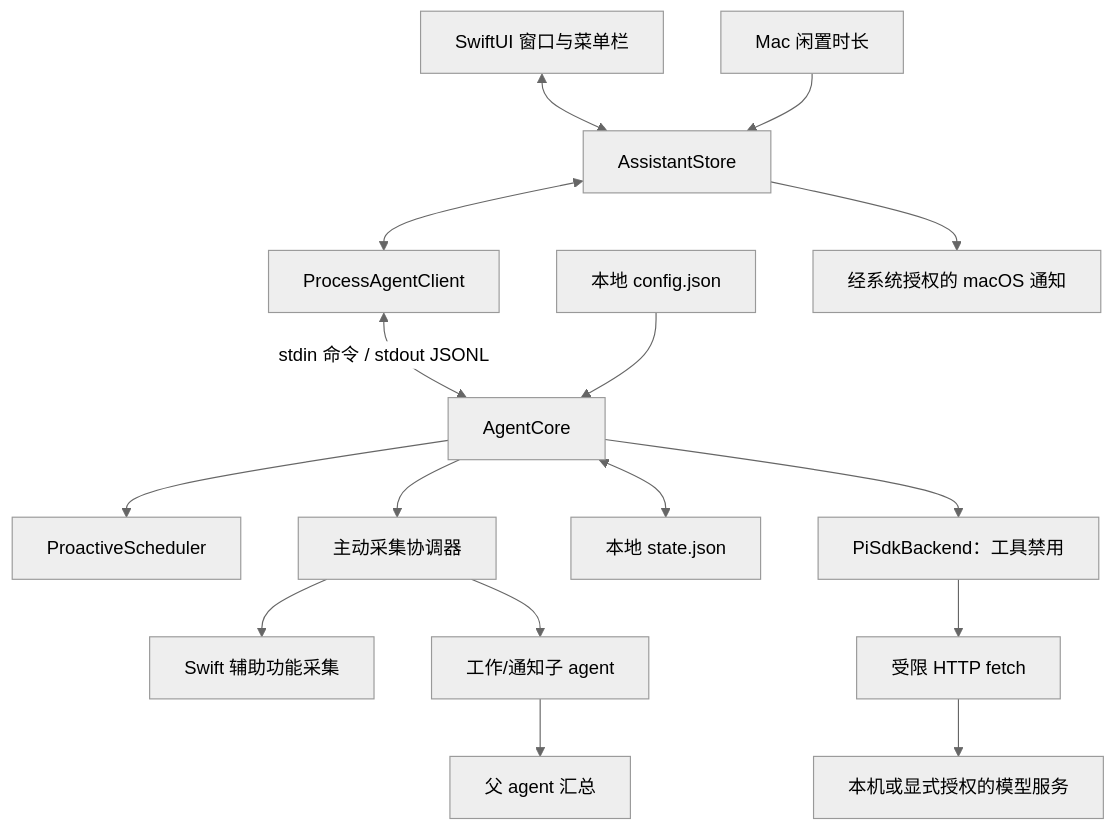
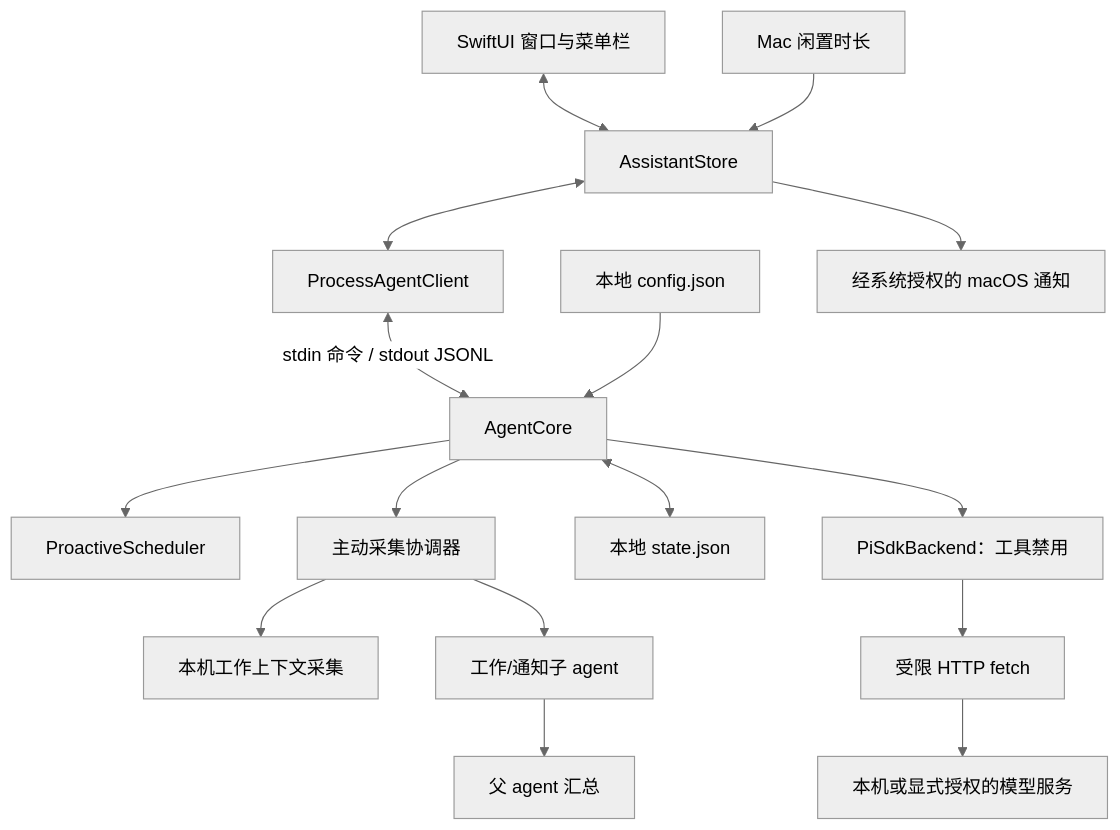
Before and after one commit to wzz6423/another-you: the diagram in docs/architecture.zh-CN.md, drawn with Mermaid (neutral theme). The commit also changed other lines of this file and 194 other files, not shown here.

````diff
--- a/docs/architecture.zh-CN.md
+++ b/docs/architecture.zh-CN.md
@@ -9,18 +9,18 @@
 ```mermaid
 flowchart TD
     UI[SwiftUI 窗口与菜单栏] <--> Store[AssistantStore]
     Idle[Mac 闲置时长] --> Store[AssistantStore]
     Store <--> Client[ProcessAgentClient]
     Client <-->|stdin 命令 / stdout JSONL| Core[AgentCore]
     Core --> Rules[ProactiveScheduler]
     Core --> Proactive[主动采集协调器]
-    Proactive --> SwiftContext[Swift 辅助功能采集]
+    Proactive --> SwiftContext[本机工作上下文采集]
     Proactive --> Subagents[工作/通知子 agent]
     Subagents --> Parent[父 agent 汇总]
     Core <--> State[本地 state.json]
     Settings[本地 config.json] --> Core
     Core --> Pi[PiSdkBackend：工具禁用]
     Pi --> Fetch[受限 HTTP fetch]
     Fetch --> Model[本机或显式授权的模型服务]
     Store --> Notifications[经系统授权的 macOS 通知]
 ```
````
